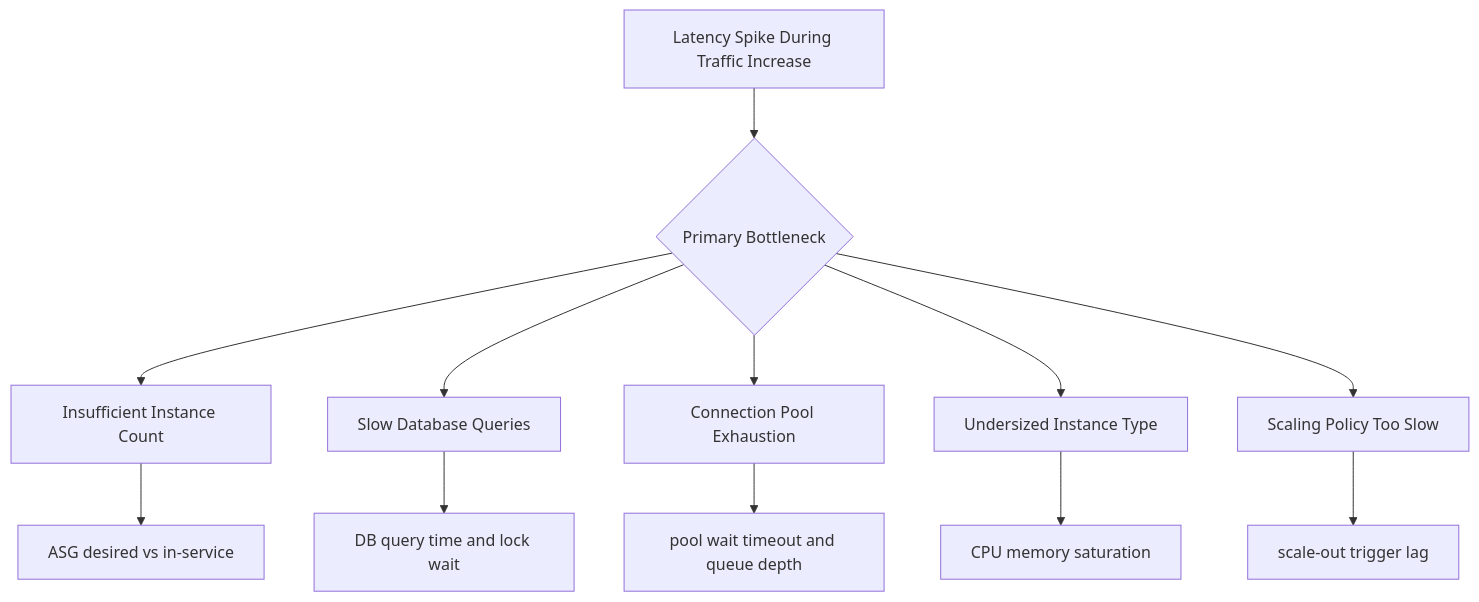
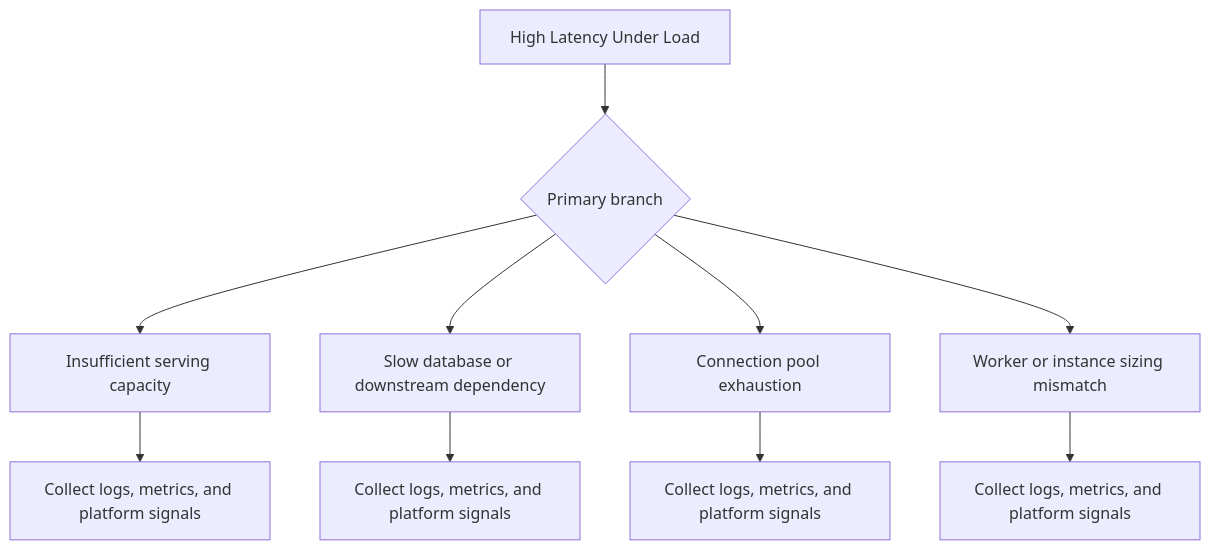
The first of 2 diagrams in docs/troubleshooting/playbooks/performance/high-latency-under-load.md (yeongseon/aws-elastic-beanstalk-practical-guide), drawn with Mermaid before and after one commit. The commit also changed other lines of this file and 223 other files, not shown here.

````diff
--- a/docs/troubleshooting/playbooks/performance/high-latency-under-load.md
+++ b/docs/troubleshooting/playbooks/performance/high-latency-under-load.md
@@ -12,14 +6,12 @@
 ```mermaid
 flowchart TD
-    A[Latency Spike During Traffic Increase] --> B{Primary Bottleneck}
-    B --> C[Insufficient Instance Count]
-    B --> D[Slow Database Queries]
-    B --> E[Connection Pool Exhaustion]
-    B --> F[Undersized Instance Type]
-    B --> G[Scaling Policy Too Slow]
-    C --> H[ASG desired vs in-service]
-    D --> I[DB query time and lock wait]
-    E --> J[pool wait timeout and queue depth]
-    F --> K[CPU memory saturation]
-    G --> L[scale-out trigger lag]
+    A[High Latency Under Load] --> B{Primary branch}
+    B --> C1[Insufficient serving capacity]
+    C1 --> D1[Collect logs, metrics, and platform signals]
+    B --> C2[Slow database or downstream dependency]
+    C2 --> D2[Collect logs, metrics, and platform signals]
+    B --> C3[Connection pool exhaustion]
+    C3 --> D3[Collect logs, metrics, and platform signals]
+    B --> C4[Worker or instance sizing mismatch]
+    C4 --> D4[Collect logs, metrics, and platform signals]
 ```
````
